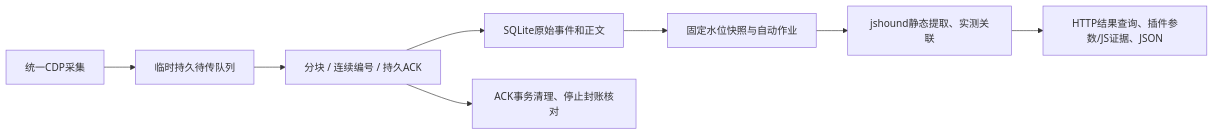
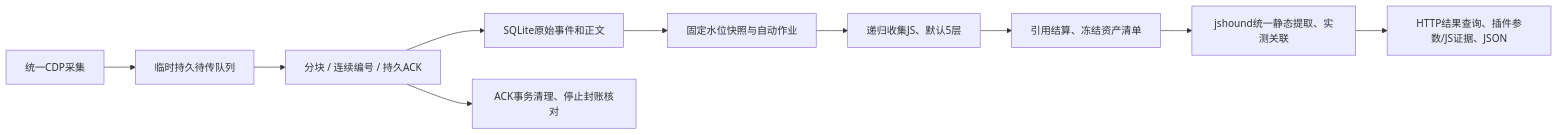
One commit to luohaijiang789/js-security changed the diagram in docs/architecture.md. Above: the diagram before and after it, drawn with Mermaid. The commit also changed other lines of this file and 154 other files, not shown here.

````diff
--- a/docs/architecture.md
+++ b/docs/architecture.md
@@ -5,10 +5,12 @@
 ```mermaid
 flowchart LR
  A[统一CDP采集] --> B[临时持久待传队列]
  B --> C[分块 / 连续编号 / 持久ACK]
  C --> D[SQLite原始事件和正文]
  D --> E[固定水位快照与自动作业]
- E --> F[jshound静态提取、实测关联]
+ E --> I[递归收集JS、默认5层]
+ I --> J[引用结算、冻结资产清单]
+ J --> F[jshound统一静态提取、实测关联]
  F --> G[HTTP结果查询、插件参数/JS证据、JSON]
  C --> H[ACK事务清理、停止封账核对]
 ```
````
